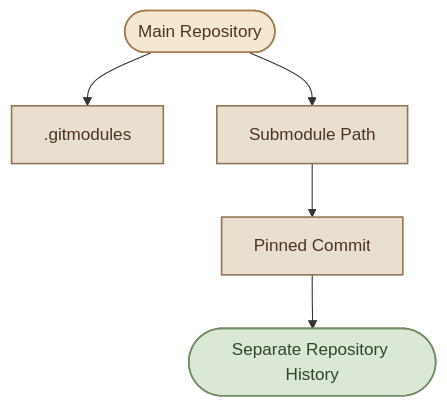
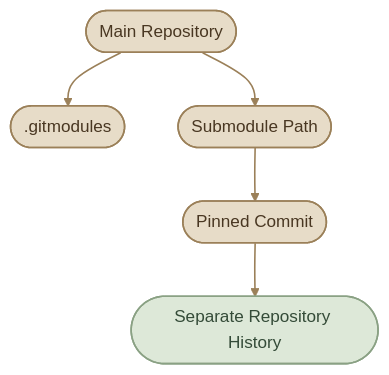
The third of 5 diagrams in content/version-control/Git and GitHub/git-security-and-troubleshooting.mdx (mustafammasoud/ops-handbook), drawn with Mermaid before and after one commit. The commit also changed other lines of this file and 17 other files, not shown here.

````diff
--- a/content/version-control/Git and GitHub/git-security-and-troubleshooting.mdx
+++ b/content/version-control/Git and GitHub/git-security-and-troubleshooting.mdx
@@ -499,15 +535,17 @@
 ```mermaid
 flowchart TD
-    A(["Main Repository"]) --> B[".gitmodules"]
-    A --> C["Submodule Path"]
-    C --> D["Pinned Commit"]
+    A(["Main Repository"]) --> B([".gitmodules"])
+    A --> C(["Submodule Path"])
+    C --> D(["Pinned Commit"])
     D --> E(["Separate Repository History"])
 
-    classDef main fill:#f4e8d2,stroke:#a67c52,color:#493522,stroke-width:1.5px;
-    classDef detail fill:#e8dfcf,stroke:#947653,color:#493522,stroke-width:1.5px;
-    classDef external fill:#dce8d6,stroke:#718d64,color:#30452d,stroke-width:1.5px;
+    classDef main fill:#E7DCC8,stroke:#9B8059,color:#493722,stroke-width:1.5px
+    classDef detail fill:#E7DCC8,stroke:#9B8059,color:#493722,stroke-width:1.5px
+    classDef external fill:#DDE8D8,stroke:#8AA184,color:#344B38,stroke-width:1.5px
 
     class A main;
     class B,C,D detail;
     class E external;
+
+    linkStyle default stroke:#9B8059,stroke-width:1.5px
 ```
````
